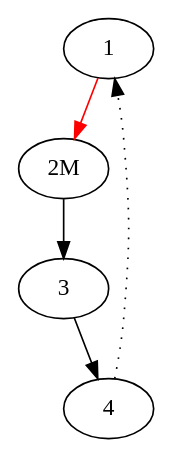
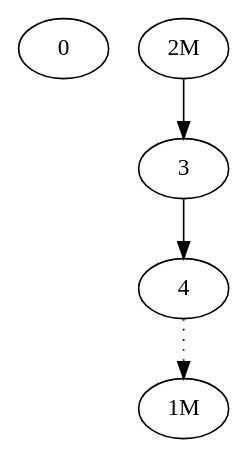
One commit to perpetualcoder/DistGC changed the diagram in DGC/testcase1-out/testcase1-out_gv8.gv. Above: the diagram before and after it, drawn with Graphviz. The commit also changed 39 other files, not shown here.

```diff
--- a/DGC/testcase1-out/testcase1-out_gv8.gv
+++ b/DGC/testcase1-out/testcase1-out_gv8.gv
@@ -1,8 +1,7 @@
 Digraph G {
-edge [color=red];
-1->"2M";
-edge [color=black];
+0;
+"1M";
 "2M"->3;
 3->4;
-4->1[style=dotted];
+4->"1M"[style=dotted];
 }
```
